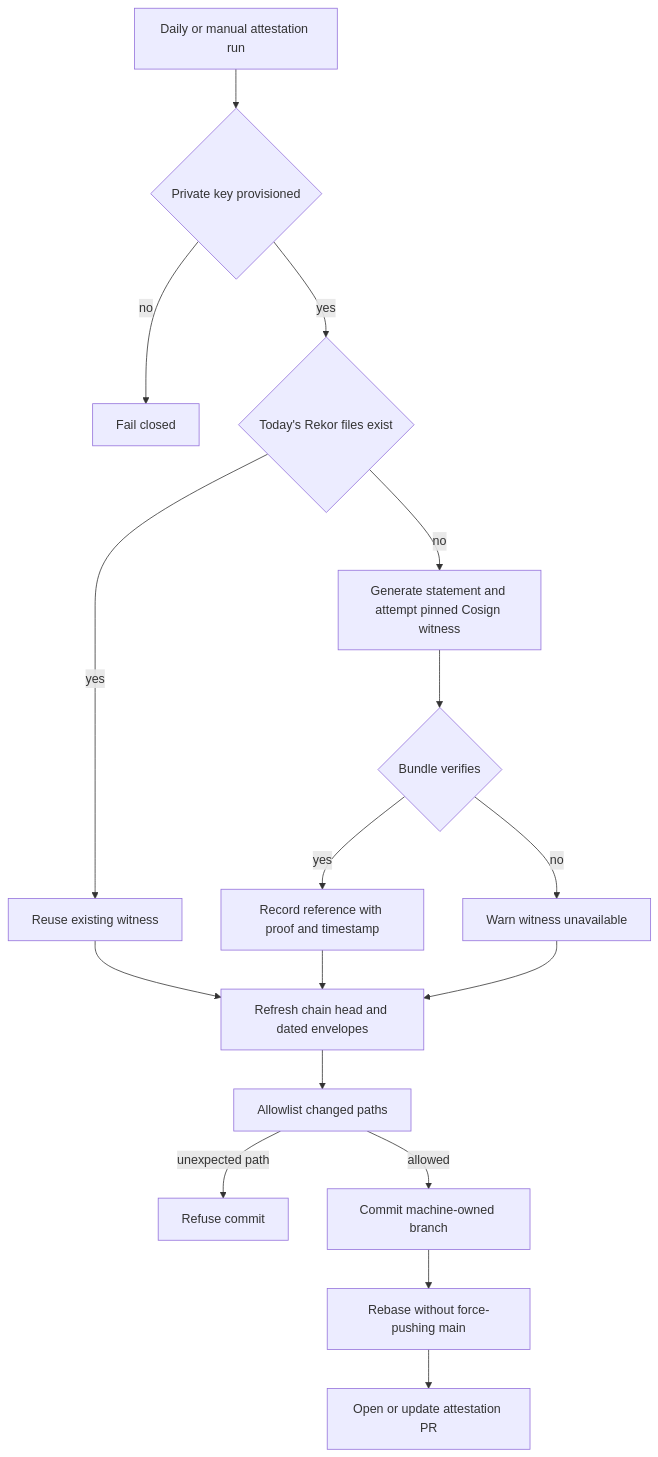
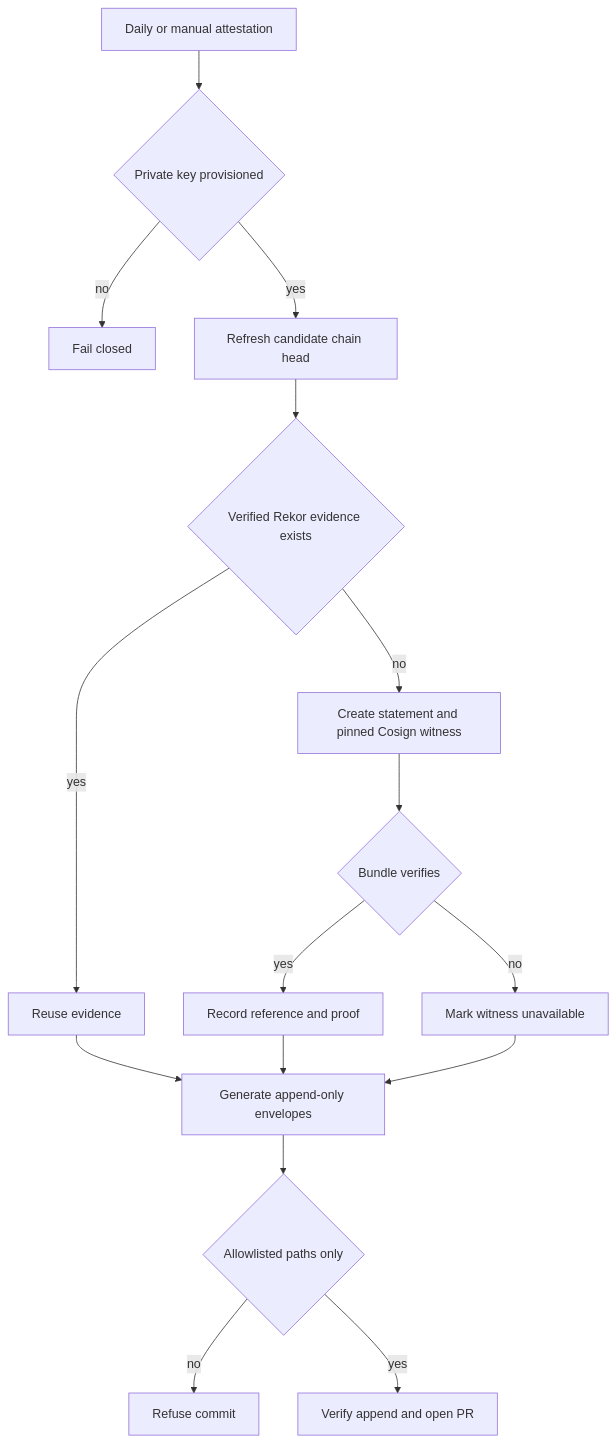
Before and after one commit to r3dz4r/datapulse-my: the third of 3 diagrams in openwiki/operations.md, drawn with Mermaid. The commit also changed other lines of this file and 4 other files, not shown here.

Commit message:
docs: refresh OpenWiki derivative documentation

````diff
--- a/openwiki/operations.md
+++ b/openwiki/operations.md
@@ -147,19 +198,18 @@
 ```mermaid
 flowchart TD
-    A[Daily or manual attestation run] --> B{Private key provisioned}
+    A[Daily or manual attestation] --> B{Private key provisioned}
     B -->|no| C[Fail closed]
-    B -->|yes| D{Today's Rekor files exist}
-    D -->|yes| E[Reuse existing witness]
-    D -->|no| F[Generate statement and attempt pinned Cosign witness]
-    F --> G{Bundle verifies}
-    G -->|yes| H[Record reference with proof and timestamp]
-    G -->|no| I[Warn witness unavailable]
-    E --> J[Refresh chain head and dated envelopes]
-    H --> J
-    I --> J
-    J --> K[Allowlist changed paths]
-    K -->|unexpected path| L[Refuse commit]
-    K -->|allowed| M[Commit machine-owned branch]
-    M --> N[Rebase without force-pushing main]
-    N --> O[Open or update attestation PR]
+    B -->|yes| D[Refresh candidate chain head]
+    D --> E{Verified Rekor evidence exists}
+    E -->|yes| F[Reuse evidence]
+    E -->|no| G[Create statement and pinned Cosign witness]
+    G --> H{Bundle verifies}
+    H -->|yes| I[Record reference and proof]
+    H -->|no| J[Mark witness unavailable]
+    F --> K[Generate append-only envelopes]
+    I --> K
+    J --> K
+    K --> L{Allowlisted paths only}
+    L -->|no| M[Refuse commit]
+    L -->|yes| N[Verify append and open PR]
 ```
````
